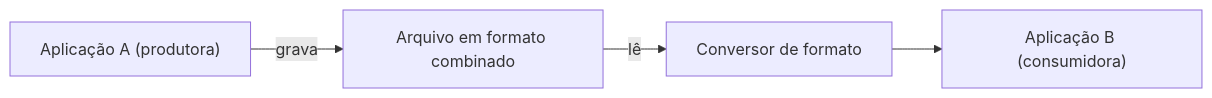
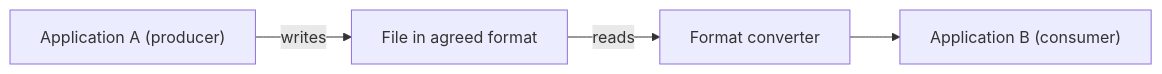
One commit to alancesar/design-patterns changed the diagram in docs/architecture/eip/integration-styles/file-transfer.md. Above: the diagram before and after it, drawn with Mermaid. The commit also changed 258 other files, not shown here.

First line of the commit message:
Translate Mermaid diagrams to English

````diff
--- a/docs/architecture/eip/integration-styles/file-transfer.md
+++ b/docs/architecture/eip/integration-styles/file-transfer.md
@@ -57,6 +57,6 @@
 ```mermaid
 flowchart LR
-    A["Aplicação A (produtora)"] -->|"grava"| F["Arquivo em formato combinado"]
-    F -->|"lê"| T["Conversor de formato"]
-    T --> B["Aplicação B (consumidora)"]
+    A["Application A (producer)"] -->|"writes"| F["File in agreed format"]
+    F -->|"reads"| T["Format converter"]
+    T --> B["Application B (consumer)"]
 ```
````
